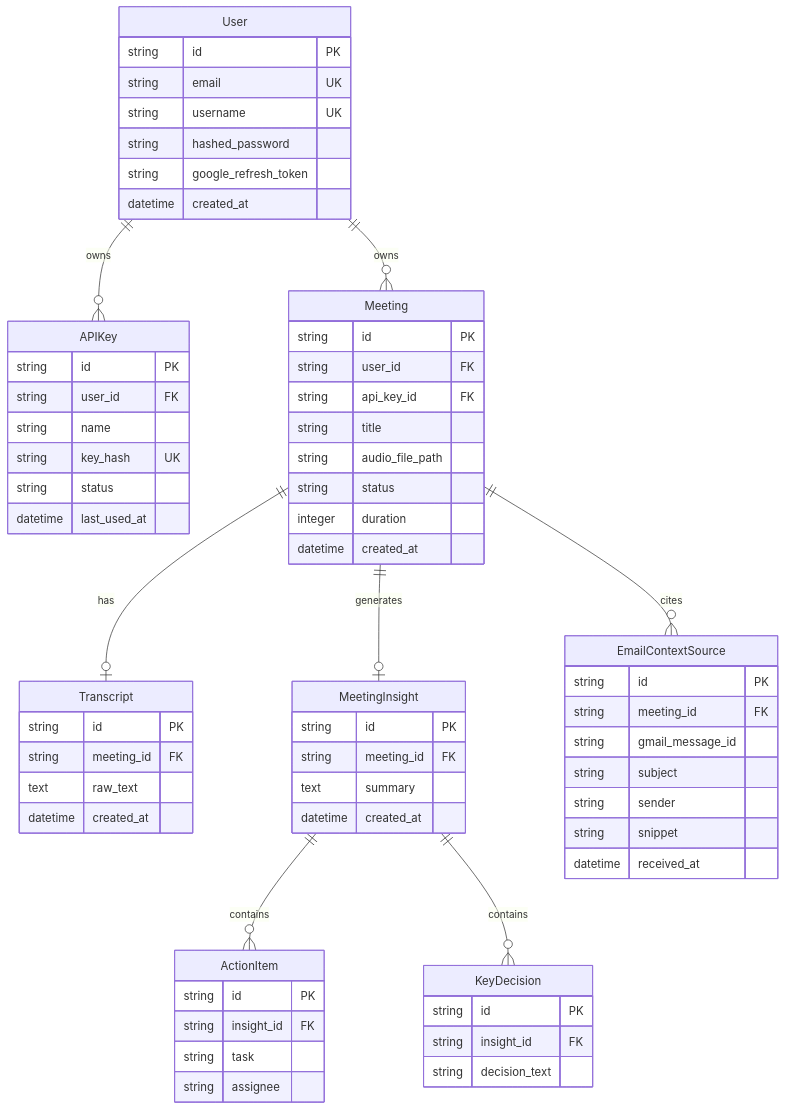
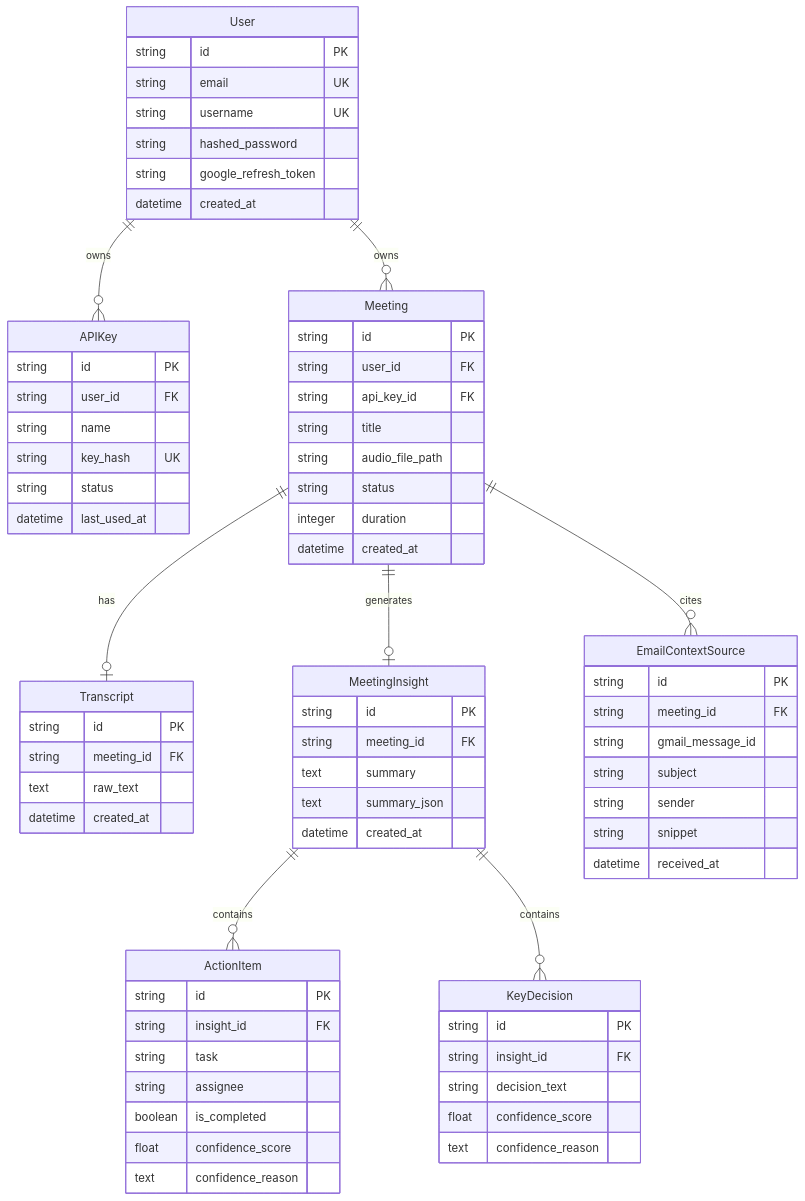
The third of 3 diagrams in Docs/ARCHITECTURE.md (adarsh-v-h/MeetInMin), drawn with Mermaid before and after one commit. The commit also changed other lines of this file and 2 other files, not shown here.

````diff
--- a/Docs/ARCHITECTURE.md
+++ b/Docs/ARCHITECTURE.md
@@ -161,76 +165,82 @@
 ```mermaid
 erDiagram
     User ||--o{ APIKey : owns
     User ||--o{ Meeting : owns
     Meeting ||--o| Transcript : has
     Meeting ||--o| MeetingInsight : generates
     Meeting ||--o{ EmailContextSource : cites
     MeetingInsight ||--o{ ActionItem : contains
     MeetingInsight ||--o{ KeyDecision : contains
 
     User {
         string id PK
         string email UK
         string username UK
         string hashed_password
         string google_refresh_token
         datetime created_at
     }
 
     APIKey {
         string id PK
         string user_id FK
         string name
         string key_hash UK
         string status
         datetime last_used_at
     }
 
     Meeting {
         string id PK
         string user_id FK
         string api_key_id FK
         string title
         string audio_file_path
         string status
         integer duration
         datetime created_at
     }
 
     Transcript {
         string id PK
         string meeting_id FK
         text raw_text
         datetime created_at
     }
 
     MeetingInsight {
         string id PK
         string meeting_id FK
         text summary
+        text summary_json
         datetime created_at
     }
 
     ActionItem {
         string id PK
         string insight_id FK
         string task
         string assignee
+        boolean is_completed
+        float confidence_score
+        text confidence_reason
     }
 
     KeyDecision {
         string id PK
         string insight_id FK
         string decision_text
+        float confidence_score
+        text confidence_reason
     }
 
     EmailContextSource {
         string id PK
         string meeting_id FK
         string gmail_message_id
         string subject
         string sender
         string snippet
         datetime received_at
     }
 ```
````
